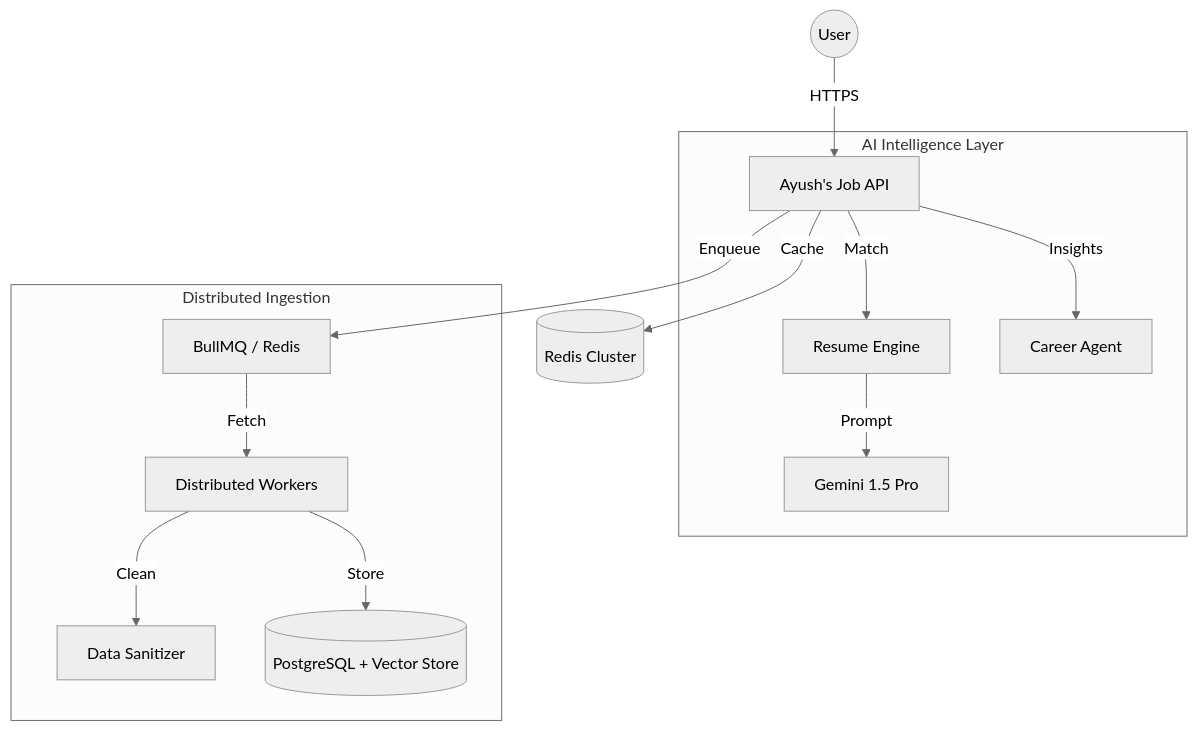
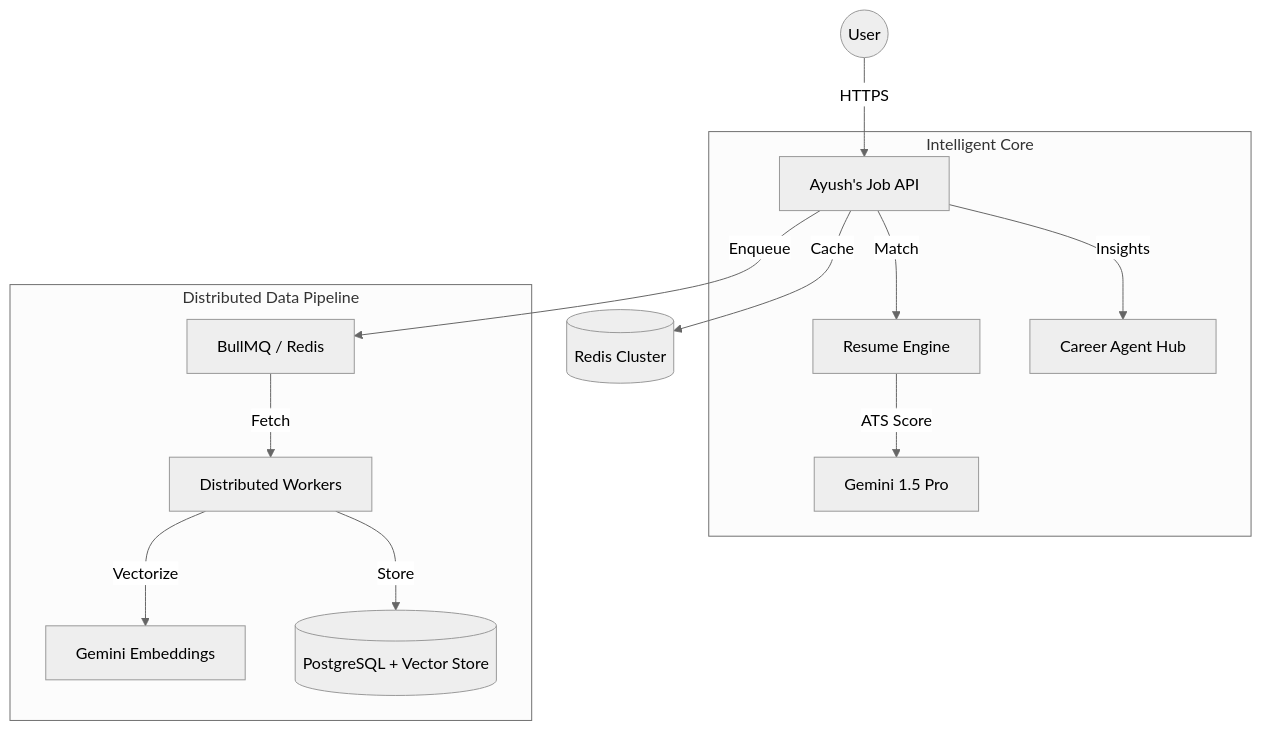
The diagram in README.md (Minato95-ayu/job-finder), drawn with Mermaid (neutral theme) before and after one commit. The commit also changed other lines of this file and 4 other files, not shown here.

Commit message:
feat: implement distributed job scraping pipeline with BullMQ workers and in-memory fallback mode

````diff
--- a/README.md
+++ b/README.md
@@ -47,18 +45,18 @@
 ```mermaid
 graph TD
     User((User)) -->|HTTPS| API[Ayush's Job API]
     API -->|Cache| Redis[(Redis Cluster)]
     
-    subgraph "AI Intelligence Layer"
+    subgraph "Intelligent Core"
         API -->|Match| Resume[Resume Engine]
-        API -->|Insights| Agent[Career Agent]
-        Resume -->|Prompt| Gemini[Gemini 1.5 Pro]
+        API -->|Insights| Agent[Career Agent Hub]
+        Resume -->|ATS Score| G1[Gemini 1.5 Pro]
     end
 
-    subgraph "Distributed Ingestion"
+    subgraph "Distributed Data Pipeline"
         API -->|Enqueue| Queue[BullMQ / Redis]
         Queue -->|Fetch| Worker[Distributed Workers]
-        Worker -->|Clean| Cleaner[Data Sanitizer]
+        Worker -->|Vectorize| Embed[Gemini Embeddings]
         Worker -->|Store| DB[(PostgreSQL + Vector Store)]
     end
 ```
````
